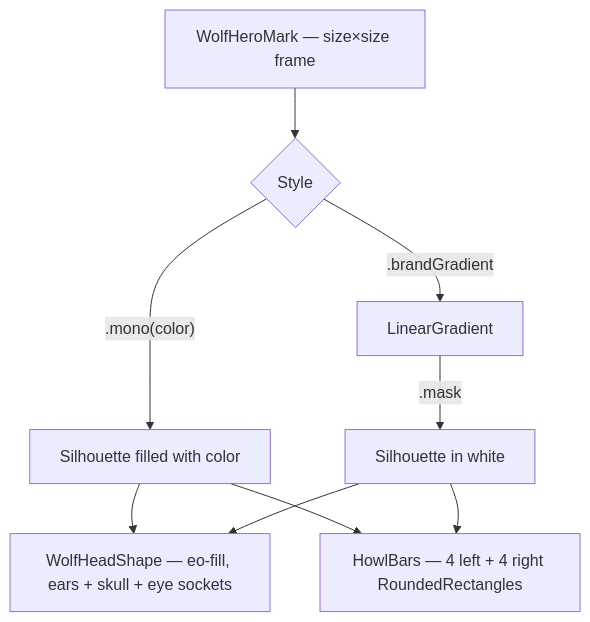
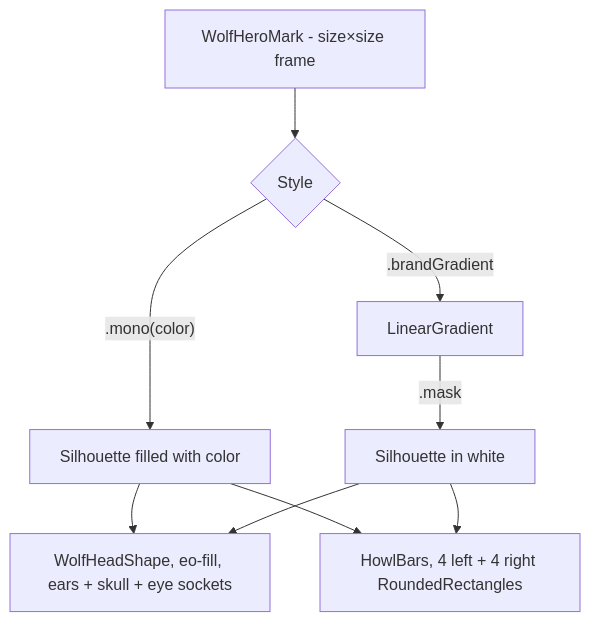
The diagram in design-system/components/wolf-hero-mark.md (MrDemonWolf/WolfWave), drawn with Mermaid before and after one commit. The commit also changed other lines of this file and 152 other files, not shown here.

````diff
--- a/design-system/components/wolf-hero-mark.md
+++ b/design-system/components/wolf-hero-mark.md
@@ -36,11 +36,11 @@
 ```mermaid
 graph TD
-  Root[WolfHeroMark — size×size frame] --> Style{Style}
+  Root[WolfHeroMark - size×size frame] --> Style{Style}
   Style -- .mono(color) --> Mono[Silhouette filled with color]
   Style -- .brandGradient --> Grad[LinearGradient]
   Grad -- .mask --> Mask[Silhouette in white]
-  Mono --> Head[WolfHeadShape — eo-fill, ears + skull + eye sockets]
-  Mono --> Bars[HowlBars — 4 left + 4 right RoundedRectangles]
+  Mono --> Head[WolfHeadShape, eo-fill, ears + skull + eye sockets]
+  Mono --> Bars[HowlBars, 4 left + 4 right RoundedRectangles]
   Mask --> Head
   Mask --> Bars
 ```
````
